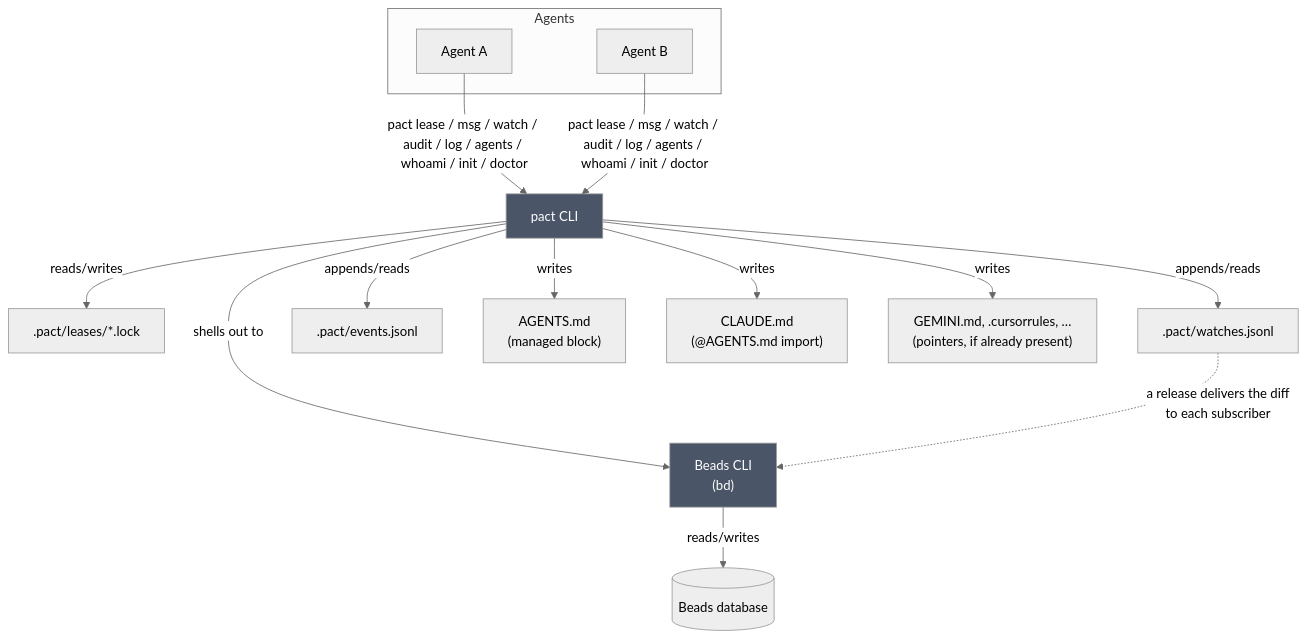
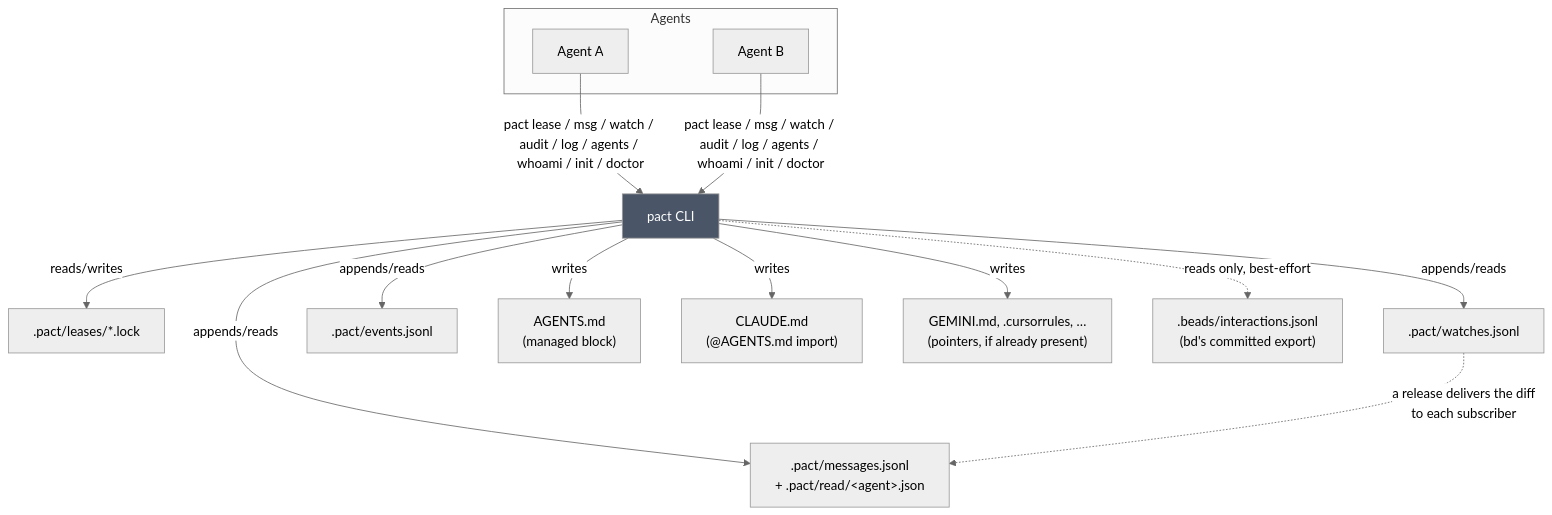
Before and after one commit to chussenot/pact: the diagram in docs/architecture.md, drawn with Mermaid (neutral theme). The commit also changed other lines of this file and 20 other files, not shown here.

````diff
--- a/docs/architecture.md
+++ b/docs/architecture.md
@@ -16,28 +16,28 @@
 ```mermaid
 flowchart TB
     subgraph Agents
         A[Agent A]
         B[Agent B]
     end
 
     A -->|"pact lease / msg / watch / audit / log / agents / whoami / init / doctor"| P[pact CLI]
     B -->|"pact lease / msg / watch / audit / log / agents / whoami / init / doctor"| P
 
     P -->|reads/writes| L[".pact/leases/*.lock"]
     P -->|appends/reads| W[".pact/watches.jsonl"]
     P -->|appends/reads| R[".pact/events.jsonl"]
+    P -->|appends/reads| MS[".pact/messages.jsonl
+    + .pact/read/&lt;agent&gt;.json"]
     P -->|writes| M["AGENTS.md
     (managed block)"]
     P -->|writes| C["CLAUDE.md
     (@AGENTS.md import)"]
     P -->|writes| I["GEMINI.md, .cursorrules, …
     (pointers, if already present)"]
-    P -->|shells out to| BD["Beads CLI
-    (bd)"]
-    BD -->|reads/writes| DB[(Beads database)]
+    P -.->|"reads only, best-effort"| BD[".beads/interactions.jsonl
+    (bd's committed export)"]
 
-    W -.->|"a release delivers the diff<br/>to each subscriber"| BD
+    W -.->|"a release delivers the diff<br/>to each subscriber"| MS
 
     style P fill:#4a5568,color:#fff
-    style BD fill:#4a5568,color:#fff
 ```
````
